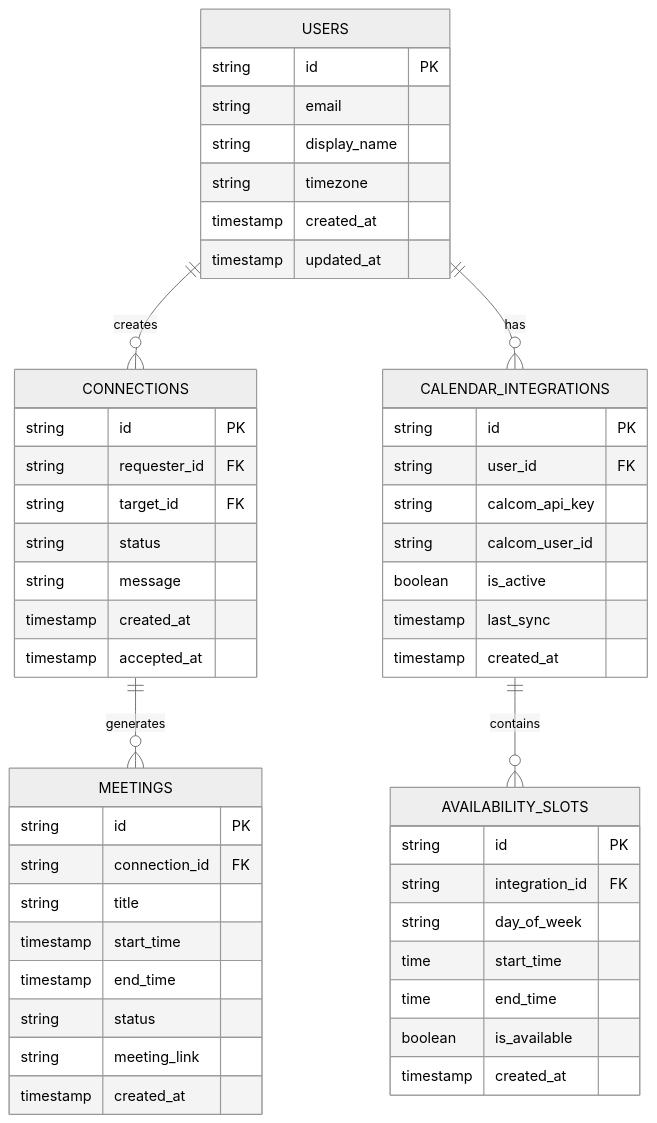
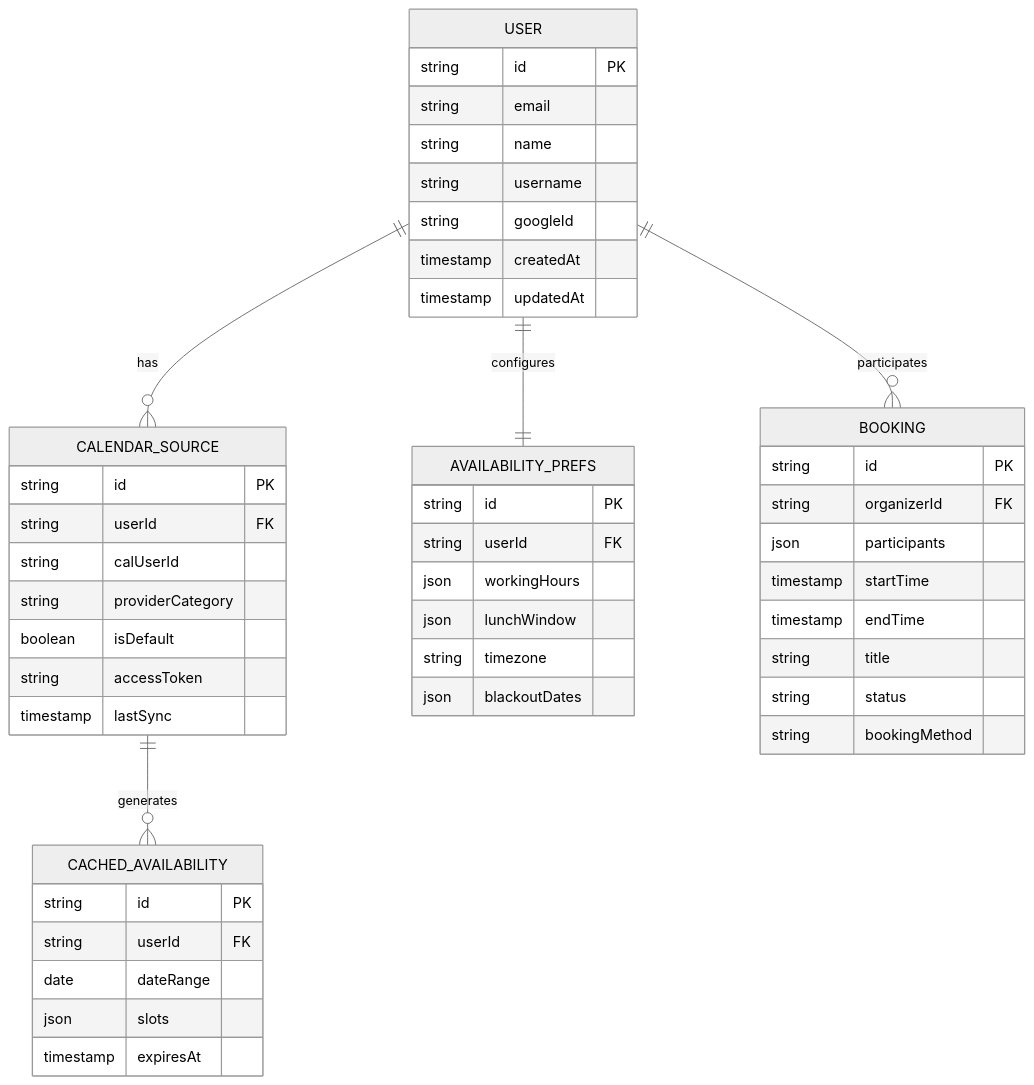
The third of 3 diagrams in .trae/documents/calendar_connection_app_technical_architecture.md (b0mung51/SF-AI-Vibe-Coding-Hackathon), drawn with Mermaid (neutral theme) before and after one commit. The commit also changed other lines of this file and 39 other files, not shown here.

````diff
--- a/.trae/documents/calendar_connection_app_technical_architecture.md
+++ b/.trae/documents/calendar_connection_app_technical_architecture.md
@@ -152,57 +174,55 @@
 ```mermaid
 erDiagram
-  USERS ||--o{ CONNECTIONS : creates
-  USERS ||--o{ CALENDAR_INTEGRATIONS : has
-  CONNECTIONS ||--o{ MEETINGS : generates
-  CALENDAR_INTEGRATIONS ||--o{ AVAILABILITY_SLOTS : contains
-
-  USERS {
-      string id PK
-      string email
-      string display_name
-      string timezone
-      timestamp created_at
-      timestamp updated_at
-  }
-  
-  CONNECTIONS {
-      string id PK
-      string requester_id FK
-      string target_id FK
-      string status
-      string message
-      timestamp created_at
-      timestamp accepted_at
-  }
-  
-  CALENDAR_INTEGRATIONS {
-      string id PK
-      string user_id FK
-      string calcom_api_key
-      string calcom_user_id
-      boolean is_active
-      timestamp last_sync
-      timestamp created_at
-  }
-  
-  MEETINGS {
-      string id PK
-      string connection_id FK
-      string title
-      timestamp start_time
-      timestamp end_time
-      string status
-      string meeting_link
-      timestamp created_at
-  }
-  
-  AVAILABILITY_SLOTS {
-      string id PK
-      string integration_id FK
-      string day_of_week
-      time start_time
-      time end_time
-      boolean is_available
-      timestamp created_at
-  }
+    USER ||--o{ CALENDAR_SOURCE : has
+    USER ||--|| AVAILABILITY_PREFS : configures
+    USER ||--o{ BOOKING : participates
+    CALENDAR_SOURCE ||--o{ CACHED_AVAILABILITY : generates
+    
+    USER {
+        string id PK
+        string email
+        string name
+        string username
+        string googleId
+        timestamp createdAt
+        timestamp updatedAt
+    }
+    
+    CALENDAR_SOURCE {
+        string id PK
+        string userId FK
+        string calUserId
+        string providerCategory
+        boolean isDefault
+        string accessToken
+        timestamp lastSync
+    }
+    
+    AVAILABILITY_PREFS {
+        string id PK
+        string userId FK
+        json workingHours
+        json lunchWindow
+        string timezone
+        json blackoutDates
+    }
+    
+    CACHED_AVAILABILITY {
+        string id PK
+        string userId FK
+        date dateRange
+        json slots
+        timestamp expiresAt
+    }
+    
+    BOOKING {
+        string id PK
+        string organizerId FK
+        json participants
+        timestamp startTime
+        timestamp endTime
+        string title
+        string status
+        string bookingMethod
+    }
 ```
````
